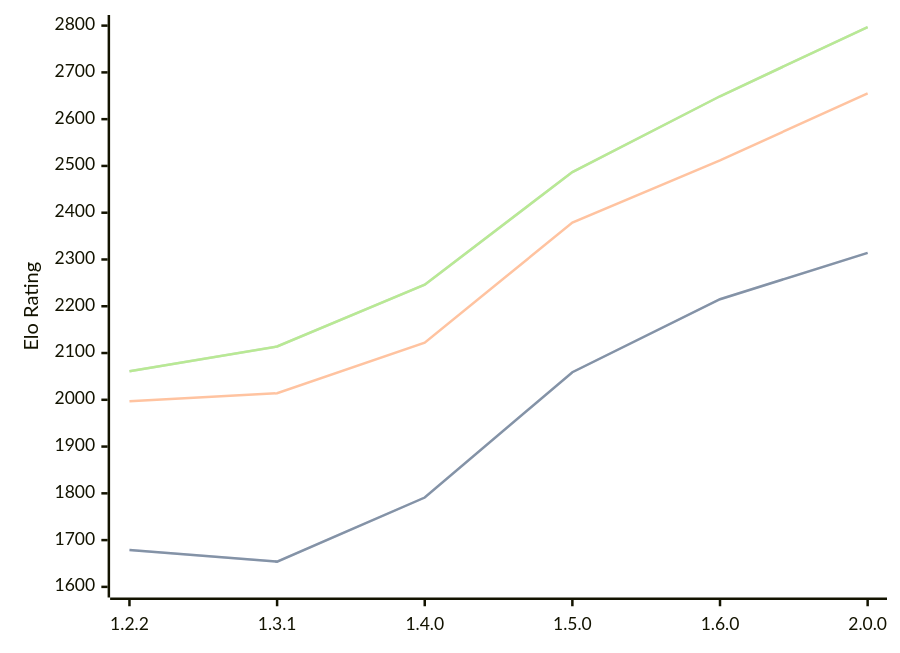
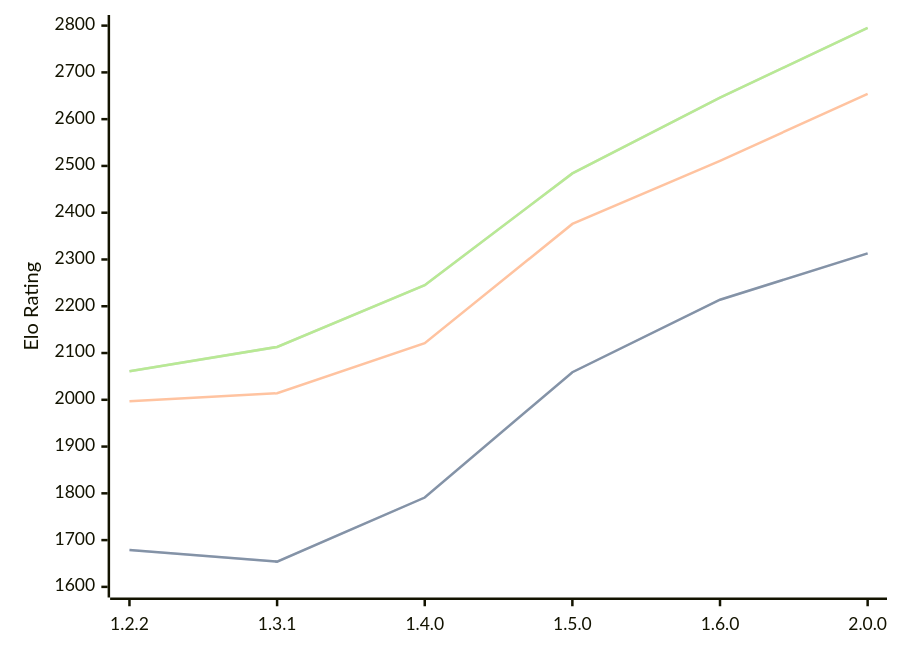
One commit to computer-chess-index/cci changed the diagram in engines/SoloEngine.md. Above: the diagram before and after it, drawn with Mermaid. The commit also changed other lines of this file, not shown here.

Commit message:
Update CCI Ratings (ELO VLTC) - 2026-04-23

````diff
--- a/engines/SoloEngine.md
+++ b/engines/SoloEngine.md
@@ -37,11 +37,11 @@
 ```mermaid
 %%{init: {"theme":"base","themeVariables":{"seriesColors:['#a3a3a3','#222221','#faa371']}}}%%
 xychart-beta
   x-axis ["1.2.2", "1.3.1", "1.4.0", "1.5.0", "1.6.0", "2.0.0"]
   y-axis "Elo Rating" 1600 --> 2800
-  line "STC (8.0+0.08s)" [1679, 1654, 1791, 2059, 2215, 2314]
-  line "STC (8.0+0.08s)" [1679, 1654, 1791, 2059, 2215, 2314]
-  line "LTC (60.0+0.60s)" [1997, 2014, 2122, 2379, 2512, 2655]
-  line "VLTC (2m24s+1.12s)" [2061, 2114, 2246, 2487, 2649, 2797]
-  line "VLTC (2m24s+1.12s)" [2061, 2114, 2246, 2487, 2649, 2797]
+  line "STC (8.0+0.08s)" [1679, 1654, 1791, 2059, 2214, 2313]
+  line "STC (8.0+0.08s)" [1679, 1654, 1791, 2059, 2214, 2313]
+  line "LTC (60.0+0.60s)" [1997, 2014, 2121, 2376, 2511, 2654]
+  line "VLTC (2m24s+1.12s)" [2061, 2113, 2245, 2484, 2646, 2795]
+  line "VLTC (2m24s+1.12s)" [2061, 2113, 2245, 2484, 2646, 2795]
 ```
````
